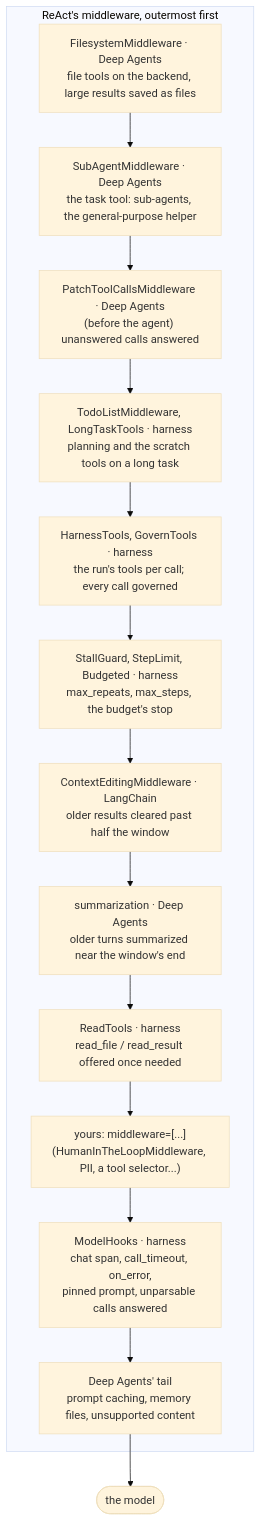
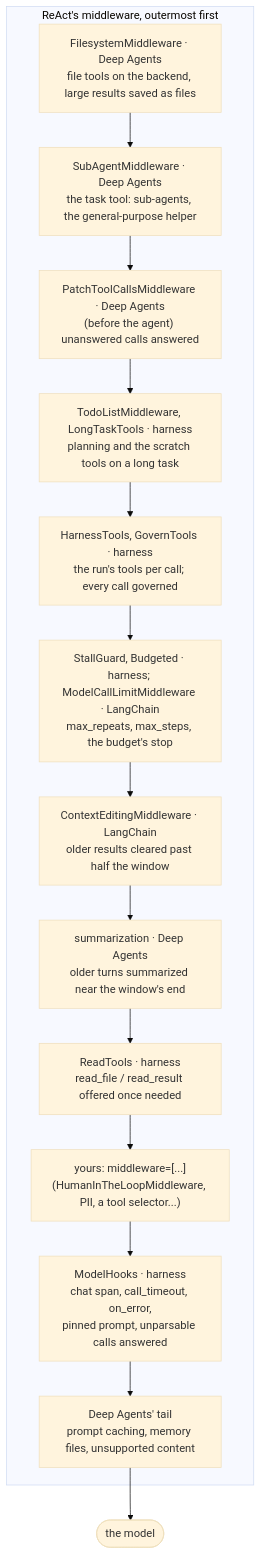
Before and after one commit to amitmohapatra/agent-harness: the ninth of 10 diagrams in docs/architecture.md, drawn with Mermaid (base theme). The commit also changed other lines of this file and 12 other files, not shown here.

First line of the commit message:
ReAct max_steps is LangChain's ModelCallLimitMiddleware; StepLimit removed

````diff
--- a/docs/architecture.md
+++ b/docs/architecture.md
@@ -457,18 +457,18 @@
 ```mermaid
 flowchart TB
   subgraph stack["ReAct's middleware, outermost first"]
     fs["FilesystemMiddleware · Deep Agents<br/>file tools on the backend, large results saved as files"]
     sa["SubAgentMiddleware · Deep Agents<br/>the task tool: sub-agents, the general-purpose helper"]
     pt["PatchToolCallsMiddleware · Deep Agents<br/>(before the agent) unanswered calls answered"]
     pl["TodoListMiddleware, LongTaskTools · harness<br/>planning and the scratch tools on a long task"]
     ht["HarnessTools, GovernTools · harness<br/>the run's tools per call; every call governed"]
-    sg["StallGuard, StepLimit, Budgeted · harness<br/>max_repeats, max_steps, the budget's stop"]
+    sg["StallGuard, Budgeted · harness; ModelCallLimitMiddleware · LangChain<br/>max_repeats, max_steps, the budget's stop"]
     ce["ContextEditingMiddleware · LangChain<br/>older results cleared past half the window"]
     su["summarization · Deep Agents<br/>older turns summarized near the window's end"]
     rt["ReadTools · harness<br/>read_file / read_result offered once needed"]
     yours["yours: middleware=[...]<br/>(HumanInTheLoopMiddleware, PII, a tool selector...)"]
     mh["ModelHooks · harness<br/>chat span, call_timeout, on_error,<br/>pinned prompt, unparsable calls answered"]
     tail["Deep Agents' tail<br/>prompt caching, memory files, unsupported content"]
   end
   fs --> sa --> pt --> pl --> ht --> sg --> ce --> su --> rt --> yours --> mh --> tail --> model(["the model"])
 ```
````
